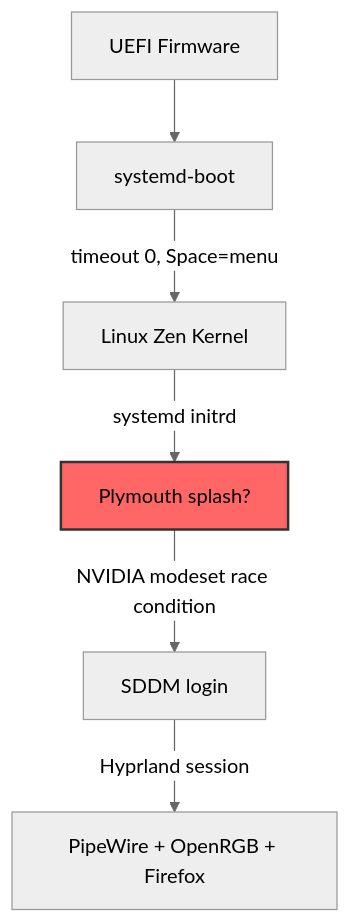
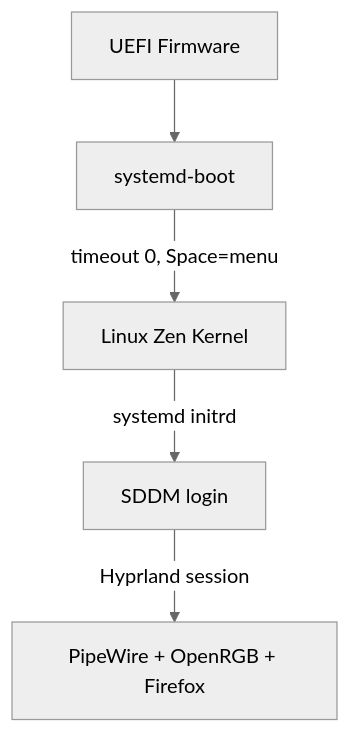
The first of 4 diagrams in README.md (mvrozanti/mandragora), drawn with Mermaid (neutral theme) before and after one commit. The commit also changed 16 other files, not shown here.

````diff
--- a/README.md
+++ b/README.md
@@ -9,11 +9,7 @@
 ```mermaid
 flowchart TD
     A[UEFI Firmware] --> B[systemd-boot]
     B -->|timeout 0, Space=menu| C[Linux Zen Kernel]
-    C -->|systemd initrd| D[Plymouth splash?]
-    D -->|NVIDIA modeset race condition| E[SDDM login]
-    E -->|Hyprland session| F[PipeWire + OpenRGB + Firefox]
-
-    style D fill:#f66,stroke:#333,stroke-width:2px
-    click D "#boot-splash--open-issue" "Open technical question"
+    C -->|systemd initrd| D[SDDM login]
+    D -->|Hyprland session| E[PipeWire + OpenRGB + Firefox]
 ```
````
